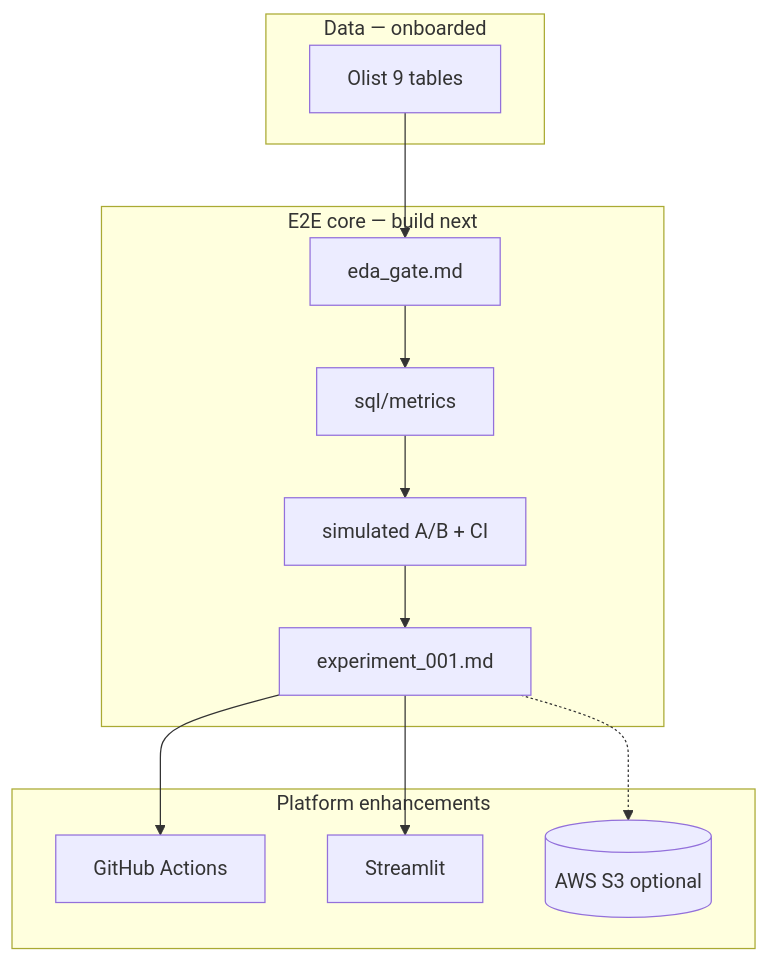
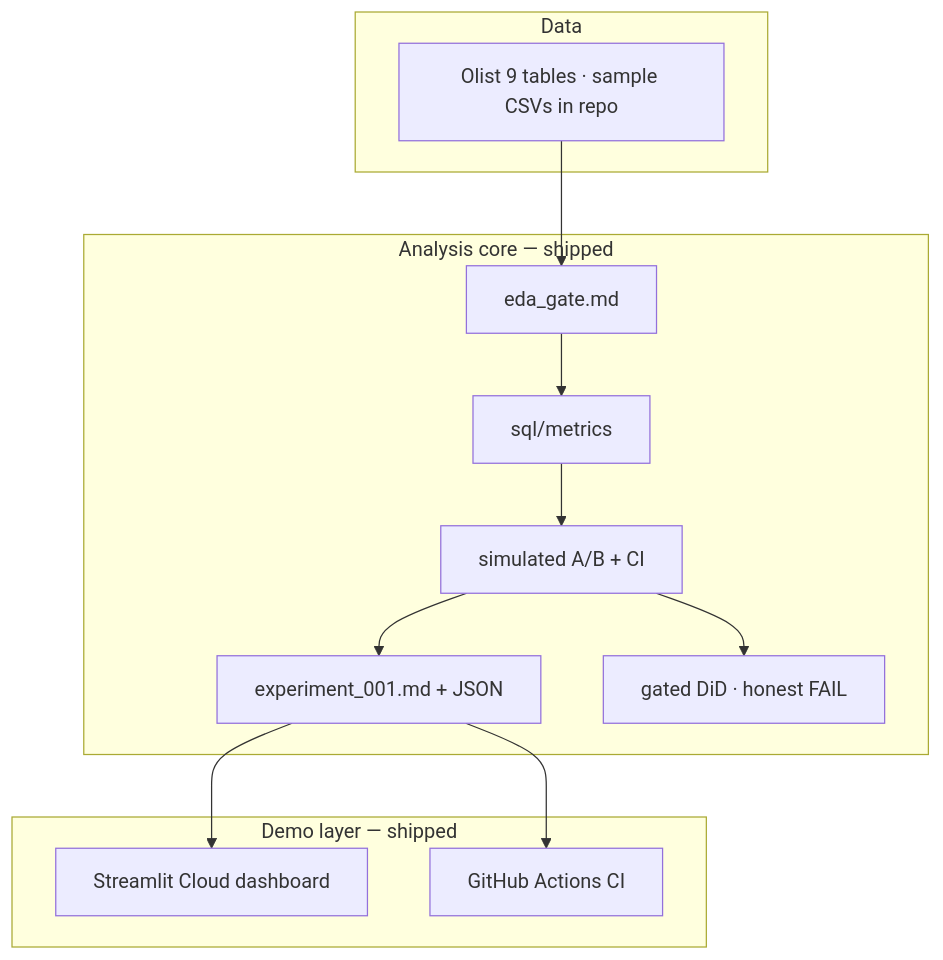
Before and after one commit to tirthjoship/product-experimentation: the diagram in docs/FUTURE_ENHANCEMENTS.md, drawn with Mermaid. The commit also changed other lines of this file and 9 other files, not shown here.

````diff
--- a/docs/FUTURE_ENHANCEMENTS.md
+++ b/docs/FUTURE_ENHANCEMENTS.md
@@ -60,20 +46,21 @@
 ```mermaid
 flowchart TB
-  subgraph data [Data — onboarded]
-    OL[Olist 9 tables]
+  subgraph data [Data]
+    OL[Olist 9 tables · sample CSVs in repo]
   end
-  subgraph core [E2E core — build next]
+  subgraph core [Analysis core — shipped]
     EDA[eda_gate.md]
     SQL[sql/metrics]
     AB[simulated A/B + CI]
-    RPT[experiment_001.md]
+    RPT[experiment_001.md + JSON]
+    DID[gated DiD · honest FAIL]
   end
-  subgraph platform [Platform enhancements]
-    GHA[GitHub Actions]
-    ST[Streamlit]
-    S3[(AWS S3 optional)]
+  subgraph demo [Demo layer — shipped]
+    ST[Streamlit Cloud dashboard]
+    GHA[GitHub Actions CI]
   end
   OL --> EDA --> SQL --> AB --> RPT
-  RPT --> ST & GHA
-  RPT -.-> S3
+  AB --> DID
+  RPT --> ST
+  RPT --> GHA
 ```
````
